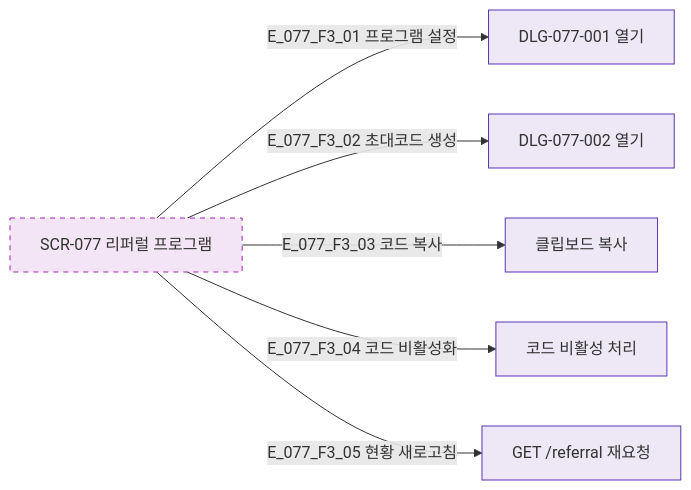
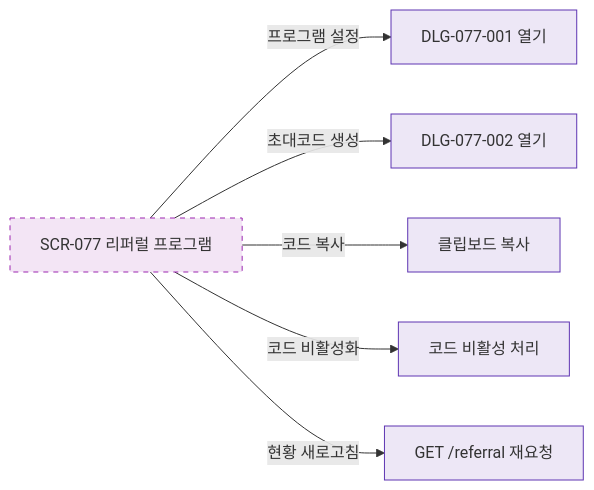
Before and after one commit to dev-spogym/admin-pando: the diagram in docs/다이어그램/D08_마케팅/SCR-077_리퍼럴프로그램/F3_버튼액션.md, drawn with Mermaid. The commit also changed other lines of this file and 1660 other files, not shown here.

First line of the commit message:
다이어그램: 기획자/클라이언트 납품본으로 정리

````diff
--- a/docs/다이어그램/D08_마케팅/SCR-077_리퍼럴프로그램/F3_버튼액션.md
+++ b/docs/다이어그램/D08_마케팅/SCR-077_리퍼럴프로그램/F3_버튼액션.md
@@ -14,16 +12,16 @@
 ```mermaid
 flowchart LR
   SCR_077[SCR-077 리퍼럴 프로그램]
 
-  SCR_077 -->|E_077_F3_01 프로그램 설정| BTN_SETTING[DLG-077-001 열기]
-  SCR_077 -->|E_077_F3_02 초대코드 생성| BTN_CODE[DLG-077-002 열기]
-  SCR_077 -->|E_077_F3_03 코드 복사| BTN_COPY[클립보드 복사]
-  SCR_077 -->|E_077_F3_04 코드 비활성화| BTN_DEACT[코드 비활성 처리]
-  SCR_077 -->|E_077_F3_05 현황 새로고침| BTN_REFRESH[GET /referral 재요청]
+  SCR_077 -->|프로그램 설정|BTN_SETTING[DLG-077-001 열기]
+  SCR_077 -->|초대코드 생성|BTN_CODE[DLG-077-002 열기]
+  SCR_077 -->|코드 복사|BTN_COPY[클립보드 복사]
+  SCR_077 -->|코드 비활성화|BTN_DEACT[코드 비활성 처리]
+  SCR_077 -->|현황 새로고침|BTN_REFRESH[GET /referral 재요청]
 
   classDef newFeature fill:#F3E5F5,stroke:#9C27B0,stroke-dasharray:5 5
-  classDef system     fill:#EDE7F6,stroke:#5E35B2
+  classDef system fill:#EDE7F6,stroke:#5E35B2
 
   class SCR_077 newFeature
   class BTN_SETTING,BTN_CODE,BTN_COPY,BTN_DEACT,BTN_REFRESH system
 ```
````
